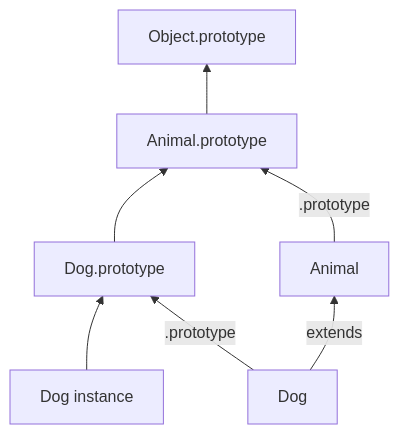
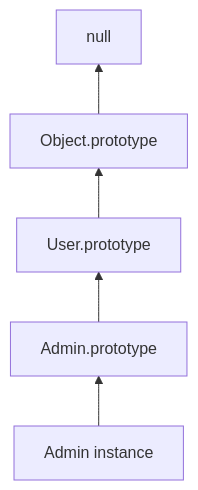
One commit to prajjwaljogdand/FullstackPreparation changed the third of 4 diagrams in docs/javascript/08-classes.md. Above: the diagram before and after it, drawn with Mermaid. The commit also changed other lines of this file and 91 other files, not shown here.

````diff
--- a/docs/javascript/08-classes.md
+++ b/docs/javascript/08-classes.md
@@ -30,9 +350,7 @@
 ```mermaid
 flowchart BT
-  d["Dog instance"] --> DP["Dog.prototype"]
-  DP --> AP["Animal.prototype"]
-  AP --> OP["Object.prototype"]
-  DogFn["Dog"] -->|"extends"| AnimalFn["Animal"]
-  DogFn -->|" .prototype "| DP
-  AnimalFn -->|" .prototype "| AP
+  inst["Admin instance"] --> AP["Admin.prototype"]
+  AP --> UP["User.prototype"]
+  UP --> OP["Object.prototype"]
+  OP --> N["null"]
 ```
````
